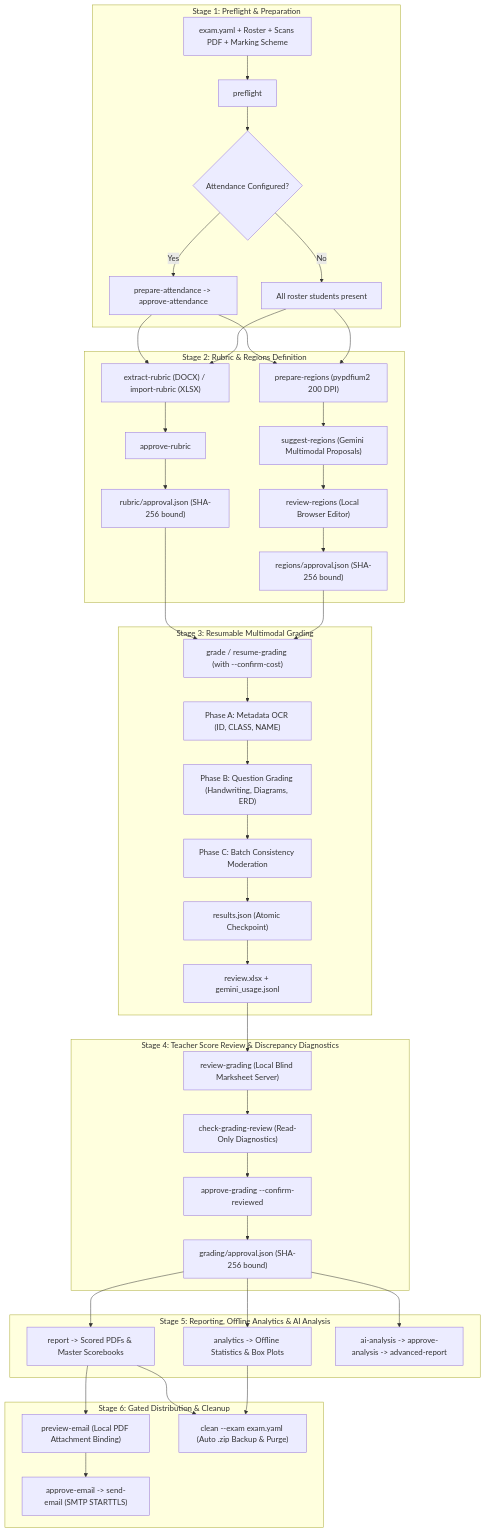
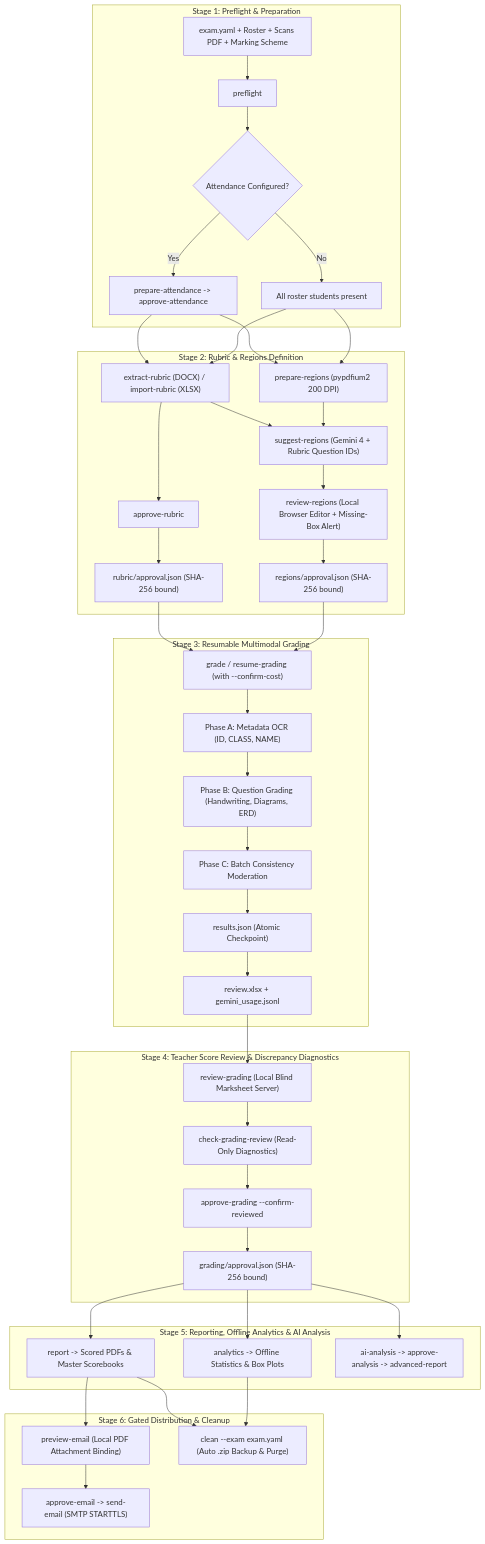
One commit to wongcyrus/gemini-handwriting-grader-skills changed the diagram in docs/design-logic-and-flow.md. Above: the diagram before and after it, drawn with Mermaid. The commit also changed other lines of this file and 2 other files, not shown here.

Commit message:
docs: document rubric-first sub-question extraction, dynamic region prompt, and missing-box warning

````diff
--- a/docs/design-logic-and-flow.md
+++ b/docs/design-logic-and-flow.md
@@ -11,48 +11,48 @@
 ```mermaid
 flowchart TD
     subgraph S1["Stage 1: Preflight & Preparation"]
         A1["exam.yaml + Roster + Scans PDF + Marking Scheme"] --> B1["preflight"]
         B1 --> C1{"Attendance Configured?"}
         C1 -->|Yes| D1["prepare-attendance -> approve-attendance"]
         C1 -->|No| E1["All roster students present"]
     end
 
     subgraph S2["Stage 2: Rubric & Regions Definition"]
         D1 & E1 --> F2["extract-rubric (DOCX) / import-rubric (XLSX)"]
         F2 --> G2["approve-rubric"]
         G2 --> H2["rubric/approval.json (SHA-256 bound)"]
 
         D1 & E1 --> I2["prepare-regions (pypdfium2 200 DPI)"]
-        I2 --> J2["suggest-regions (Gemini Multimodal Proposals)"]
-        J2 --> K2["review-regions (Local Browser Editor)"]
+        F2 & I2 --> J2["suggest-regions (Gemini 4 + Rubric Question IDs)"]
+        J2 --> K2["review-regions (Local Browser Editor + Missing-Box Alert)"]
         K2 --> L2["regions/approval.json (SHA-256 bound)"]
     end
 
     subgraph S3["Stage 3: Resumable Multimodal Grading"]
         H2 & L2 --> M3["grade / resume-grading (with --confirm-cost)"]
         M3 --> N3["Phase A: Metadata OCR (ID, CLASS, NAME)"]
         N3 --> O3["Phase B: Question Grading (Handwriting, Diagrams, ERD)"]
         O3 --> P3["Phase C: Batch Consistency Moderation"]
         P3 --> Q3["results.json (Atomic Checkpoint)"]
         Q3 --> R3["review.xlsx + gemini_usage.jsonl"]
     end
 
     subgraph S4["Stage 4: Teacher Score Review & Discrepancy Diagnostics"]
         R3 --> S4A["review-grading (Local Blind Marksheet Server)"]
         S4A --> S4B["check-grading-review (Read-Only Diagnostics)"]
         S4B --> S4C["approve-grading --confirm-reviewed"]
         S4C --> S4D["grading/approval.json (SHA-256 bound)"]
     end
 
     subgraph S5["Stage 5: Reporting, Offline Analytics & AI Analysis"]
         S4D --> T5["report -> Scored PDFs & Master Scorebooks"]
         S4D --> U5["analytics -> Offline Statistics & Box Plots"]
         S4D --> V5["ai-analysis -> approve-analysis -> advanced-report"]
     end
 
     subgraph S6["Stage 6: Gated Distribution & Cleanup"]
         T5 --> W6["preview-email (Local PDF Attachment Binding)"]
         W6 --> X6["approve-email -> send-email (SMTP STARTTLS)"]
         T5 & U5 --> Y6["clean --exam exam.yaml (Auto .zip Backup & Purge)"]
     end
 ```
````
